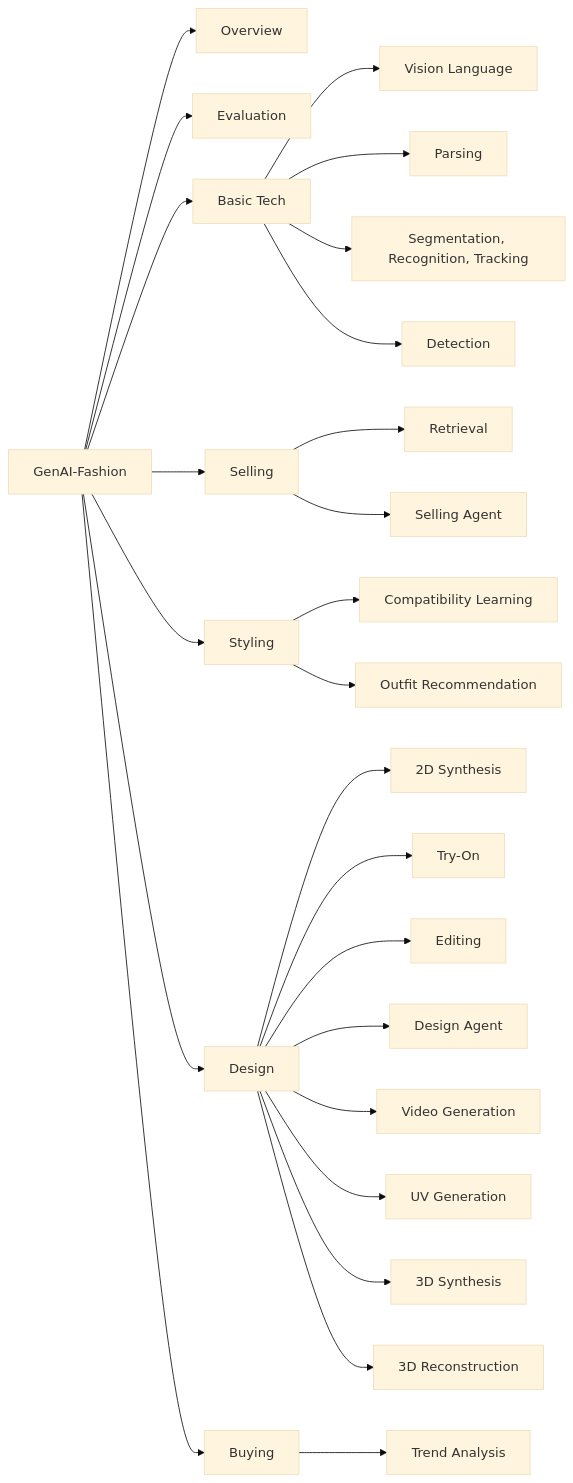
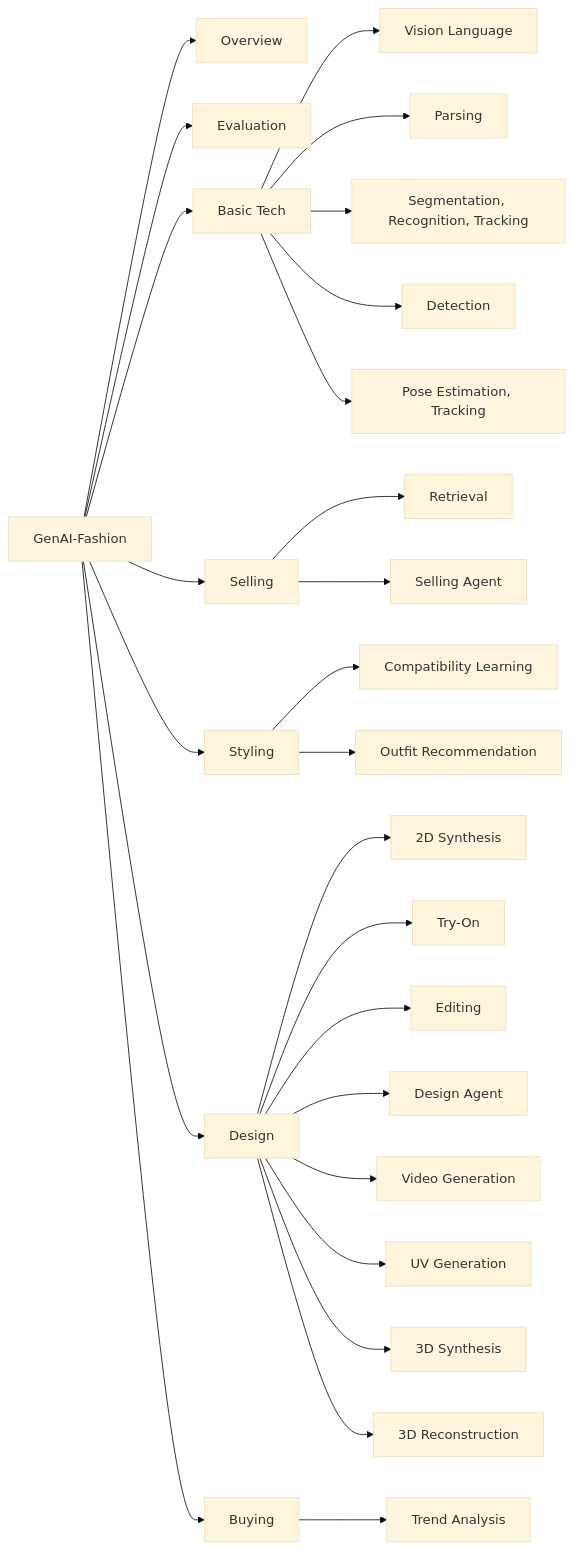
One commit to wendashi/Cool-GenAI-Fashion-Papers changed the diagram in README.md. Above: the diagram before and after it, drawn with Mermaid (base theme). The commit also changed other lines of this file, not shown here.

````diff
--- a/README.md
+++ b/README.md
@@ -39,34 +40,35 @@
 ```mermaid
 graph LR
   GenAIFashion[GenAI-Fashion]
   GenAIFashion --> Overview[Overview]
   GenAIFashion --> Evaluation[Evaluation]
   GenAIFashion --> BasicTech[Basic Tech]
   GenAIFashion --> Selling[Selling]
   GenAIFashion --> Styling[Styling]
   GenAIFashion --> Design[Design]
   GenAIFashion --> Buying[Buying]
 
   BasicTech --> VisionLanguage[Vision Language]
   BasicTech --> Parsing[Parsing]
   BasicTech --> SegmentationRecognitionTracking[Segmentation, Recognition, Tracking]
   BasicTech --> Detection[Detection]
+  BasicTech --> PoseEstimationTracking[Pose Estimation, Tracking] 
 
   Selling --> Retrieval[Retrieval]
   Selling --> SellingAgent[Selling Agent]
 
   Styling --> CompatibilityLearning[Compatibility Learning]
   Styling --> OutfitRecommendation[Outfit Recommendation]
 
   Design --> 2DSynthesis[2D Synthesis]
   Design --> TryOn[Try-On]
   Design --> Editing[Editing]
   Design --> DesignAgent[Design Agent]
   Design --> VideoGeneration[Video Generation]
   Design --> UVGeneration[UV Generation]
   Design --> 3DSynthesis[3D Synthesis]
   Design --> 3DReconstruction[3D Reconstruction]
   
   Buying --> TrendAnalysis[Trend Analysis]
   
 ```
````
